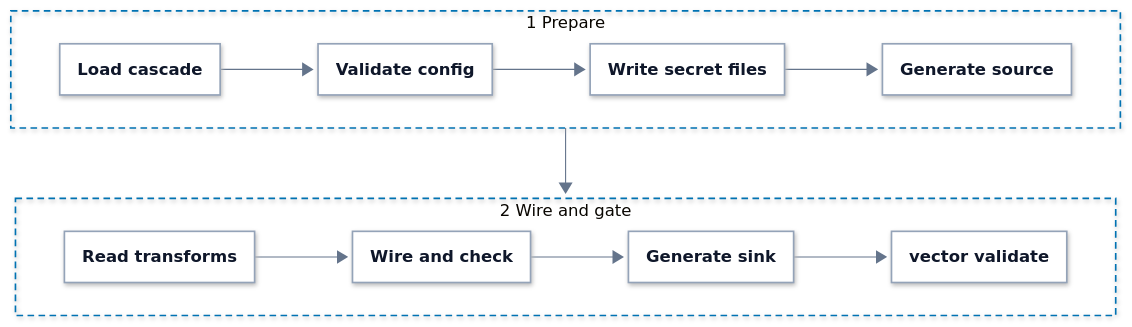
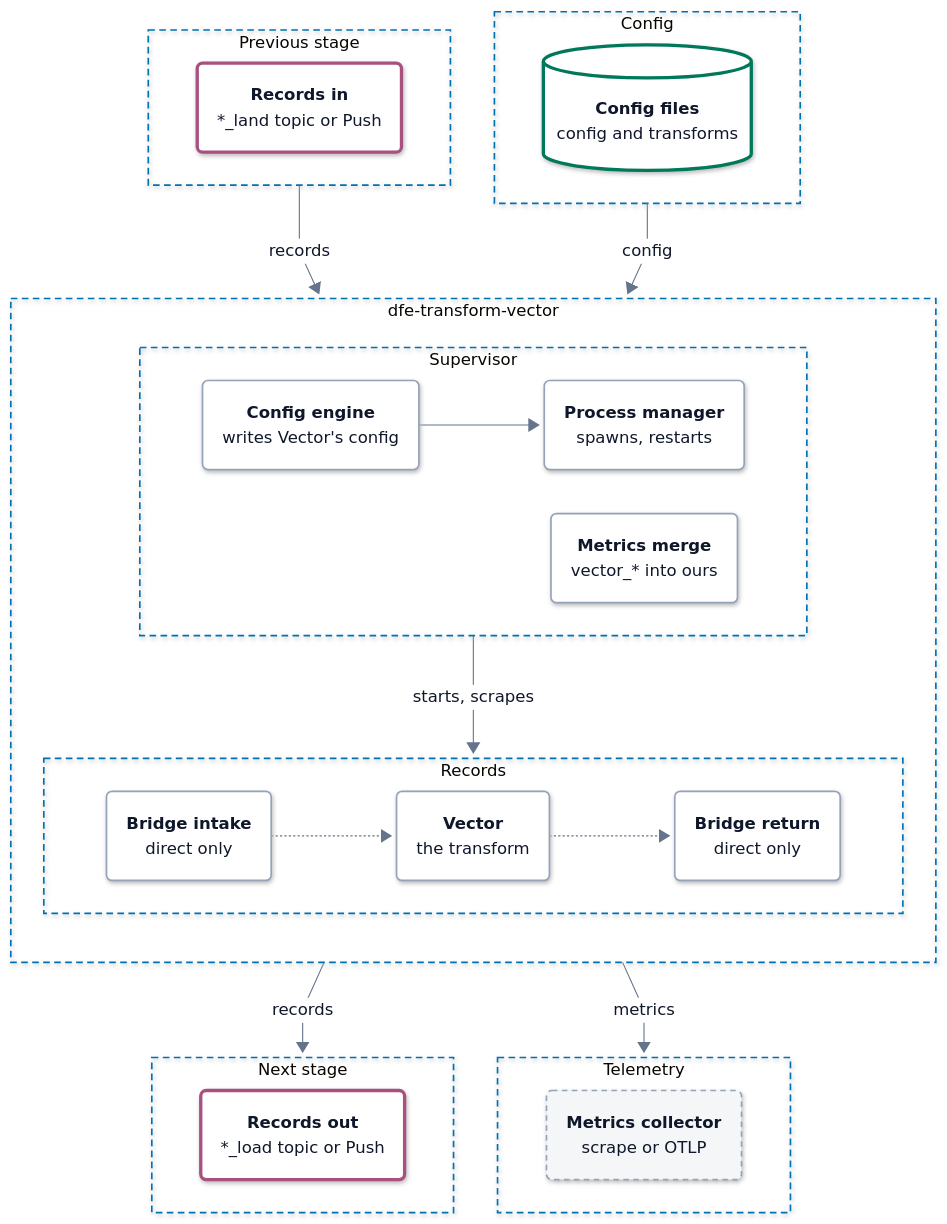
One commit to hyperi-io/dfe-transform-vector changed the diagram in docs/architecture.md. Above: the diagram before and after it, drawn with Mermaid. The commit also changed other lines of this file and 7 other files, not shown here.

First line of the commit message:
docs(architecture): add Vector transform architecture pages (#175)

````diff
--- a/docs/architecture.md
+++ b/docs/architecture.md
@@ -84,18 +49,56 @@
     .ext .label-icon{color:#64748B}
 ---
 flowchart TB
-    accTitle: L4 Detail -- Config assembly
-    accDescr: The config is loaded through its cascade and validated, the secret files are written and the source is generated. The transform files are read and wired into a checked graph, the sink is generated, and vector validate gates the directory before Vector is started or sent a SIGHUP.
+    accTitle: L3 Components -- dfe-transform-vector
+    accDescr: The previous stage sends records into the pod and the config and transform files configure it. Inside, the config engine writes the Vector config that the process manager starts Vector on. On the direct transport the bridge intake hands records to Vector and the bridge return takes them back. Vector's metrics are merged into the supervisor's. Records leave for the next stage and metrics go to the collector.
 
-    subgraph s1["1 Prepare"]
+    subgraph PREV["Previous stage"]
         direction LR
-        load["<b>Load cascade</b>"] --> check["<b>Validate config</b>"] --> secrets["<b>Write secret files</b>"] --> source["<b>Generate source</b>"]
+        prev("<b>Records in</b><br/><span>*_land topic or Push</span>")
     end
-    subgraph s2["2 Wire and gate"]
+
+    subgraph CFGIN["Config"]
         direction LR
-        read["<b>Read transforms</b>"] --> wire["<b>Wire and check</b>"] --> sink["<b>Generate sink</b>"] --> gate["<b>vector validate</b>"]
+        files[("<b>Config files</b><br/><span>config and transforms</span>")]
     end
-    s1 --> s2
+
+    subgraph POD["dfe-transform-vector"]
+        direction TB
+        subgraph SUP["Supervisor"]
+            direction LR
+            cfg("<b>Config engine</b><br/><span>writes Vector's config</span>")
+            proc("<b>Process manager</b><br/><span>spawns, restarts</span>")
+            merge("<b>Metrics merge</b><br/><span>vector_* into ours</span>")
+            cfg --> proc
+        end
+        subgraph DATA["Records"]
+            direction LR
+            intake("<b>Bridge intake</b><br/><span>direct only</span>")
+            vec("<b>Vector</b><br/><span>the transform</span>")
+            ret("<b>Bridge return</b><br/><span>direct only</span>")
+            intake -.-> vec -.-> ret
+        end
+        SUP -->|starts, scrapes| DATA
+    end
+
+    subgraph NEXT["Next stage"]
+        direction LR
+        next("<b>Records out</b><br/><span>*_load topic or Push</span>")
+    end
+
+    subgraph COL["Telemetry"]
+        direction LR
+        collector("<b>Metrics collector</b><br/><span>scrape or OTLP</span>")
+    end
+
+    PREV -->|records| POD
+    CFGIN -->|config| POD
+    POD -->|records| NEXT
+    POD -->|metrics| COL
+  class prev,next bus
+  class collector ext
+  class files store
+  class cfg,proc,intake,vec,ret,merge part
   classDef ext fill:#F4F6F8,stroke:#94A3B8,stroke-width:1.5px,stroke-dasharray:5 4,color:#0F172A
   classDef ingest fill:#FFFFFF,stroke:#0E8A7D,stroke-width:3px,color:#0F172A
   classDef xform fill:#FFFFFF,stroke:#7B4FB0,stroke-width:3px,color:#0F172A
@@ -107,7 +110,11 @@
   classDef error fill:#FFFFFF,stroke:#C2410C,stroke-width:3px,color:#0F172A
   classDef control fill:#FFFFFF,stroke:#334155,stroke-width:3px,color:#0F172A
   classDef part fill:#FFFFFF,stroke:#94A3B8,stroke-width:1.5px,color:#0F172A
-  class load,check,secrets,source,read,wire,sink,gate part
-  style s1 fill:none,stroke:#0072B2,stroke-width:1.5px,stroke-dasharray:6 4
-  style s2 fill:none,stroke:#0072B2,stroke-width:1.5px,stroke-dasharray:6 4
+  style PREV fill:none,stroke:#0072B2,stroke-width:1.5px,stroke-dasharray:6 4
+  style CFGIN fill:none,stroke:#0072B2,stroke-width:1.5px,stroke-dasharray:6 4
+  style POD fill:none,stroke:#0072B2,stroke-width:1.5px,stroke-dasharray:6 4
+  style SUP fill:none,stroke:#0072B2,stroke-width:1.5px,stroke-dasharray:6 4
+  style DATA fill:none,stroke:#0072B2,stroke-width:1.5px,stroke-dasharray:6 4
+  style NEXT fill:none,stroke:#0072B2,stroke-width:1.5px,stroke-dasharray:6 4
+  style COL fill:none,stroke:#0072B2,stroke-width:1.5px,stroke-dasharray:6 4
 ```
````
